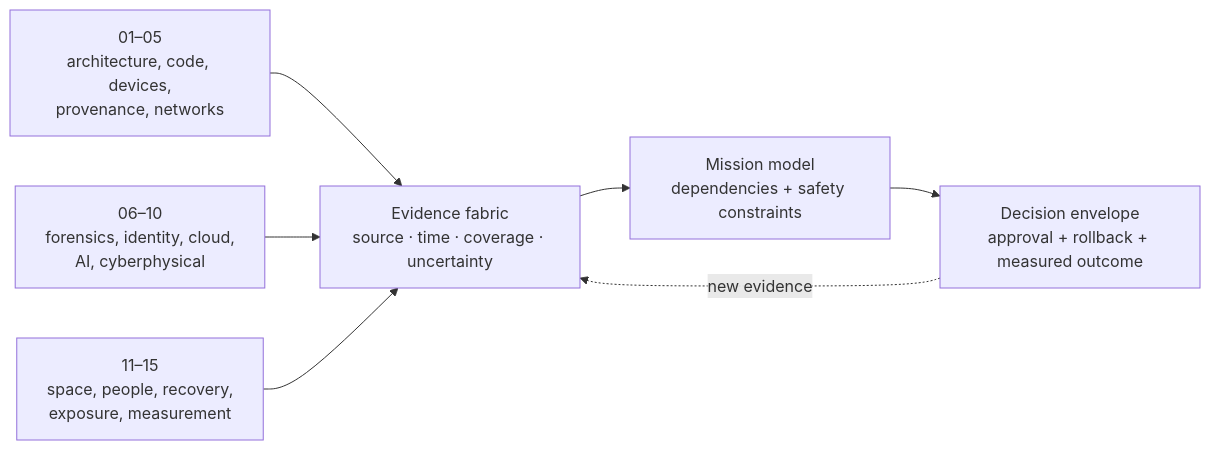
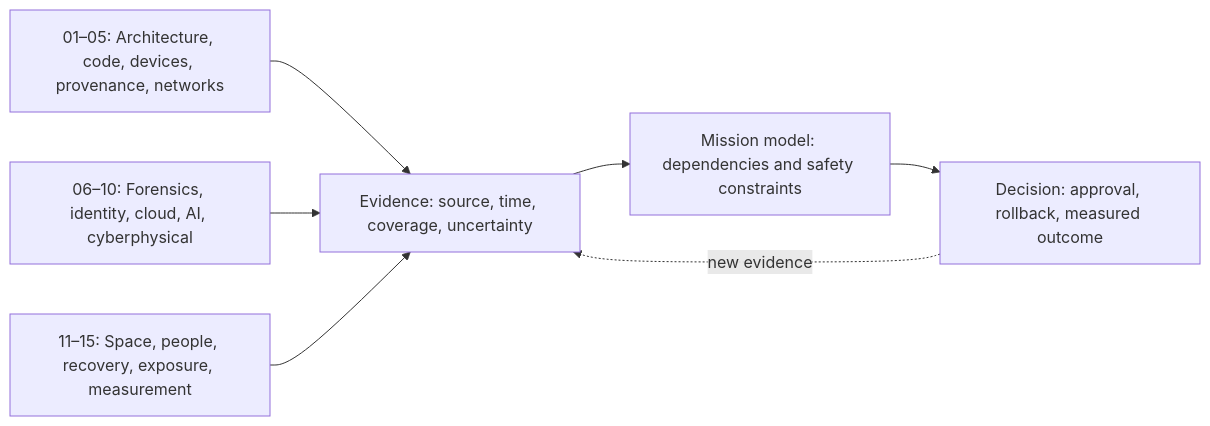
Before and after one commit to Personfu/CyberEngineering: the diagram in README.md, drawn with Mermaid. The commit also changed other lines of this file and 73 other files, not shown here.

````diff
--- a/README.md
+++ b/README.md
@@ -47,9 +51,9 @@
 ```mermaid
 flowchart LR
-    A[01–05<br/>architecture, code, devices,<br/>provenance, networks] --> E[Evidence fabric<br/>source · time · coverage · uncertainty]
-    B[06–10<br/>forensics, identity, cloud,<br/>AI, cyberphysical] --> E
-    C[11–15<br/>space, people, recovery,<br/>exposure, measurement] --> E
-    E --> M[Mission model<br/>dependencies + safety constraints]
-    M --> D[Decision envelope<br/>approval + rollback + measured outcome]
+    A["01–05: Architecture, code, devices, provenance, networks"] --> E["Evidence: source, time, coverage, uncertainty"]
+    B["06–10: Forensics, identity, cloud, AI, cyberphysical"] --> E
+    C["11–15: Space, people, recovery, exposure, measurement"] --> E
+    E --> M["Mission model: dependencies and safety constraints"]
+    M --> D["Decision: approval, rollback, measured outcome"]
     D -. new evidence .-> E
 ```
````
